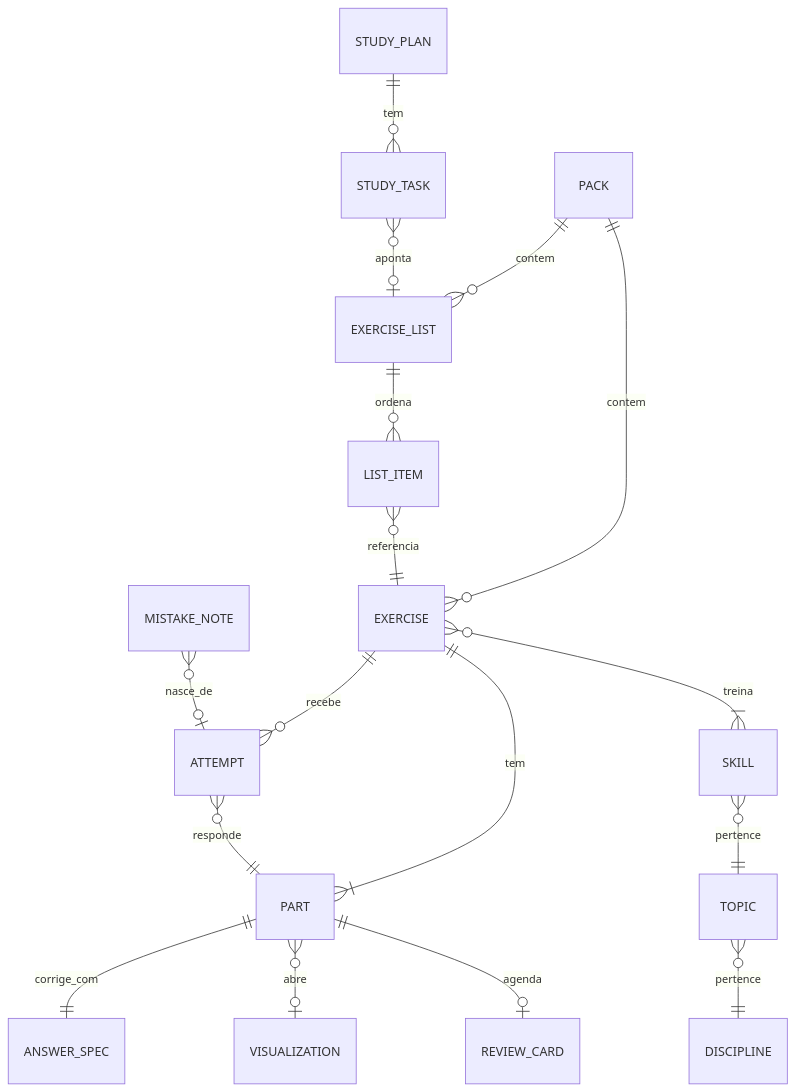
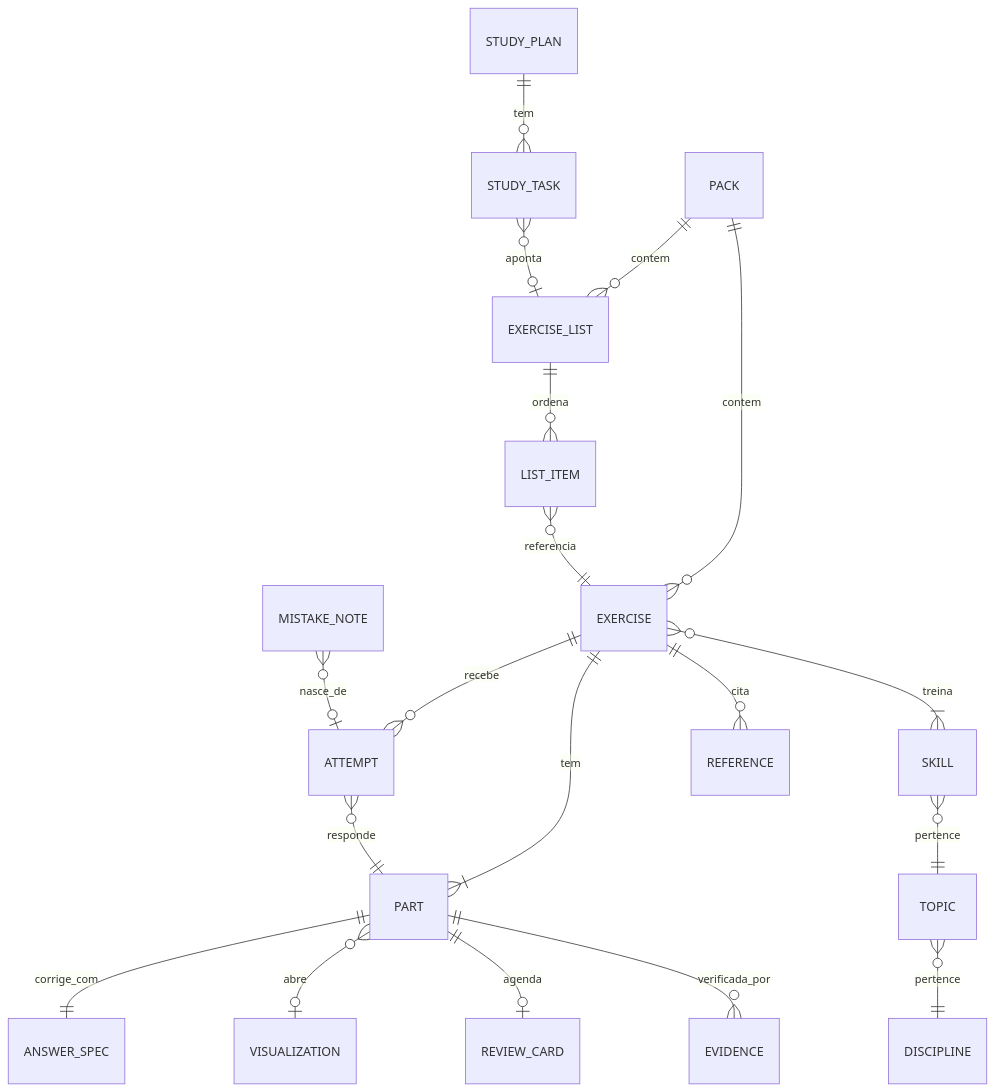
The first of 2 diagrams in docs/03-arquitetura/modelo-de-dados.md (CauaDecoder/bad-at-calculus), drawn with Mermaid before and after one commit. The commit also changed other lines of this file and 49 other files, not shown here.

````diff
--- a/docs/03-arquitetura/modelo-de-dados.md
+++ b/docs/03-arquitetura/modelo-de-dados.md
@@ -9,19 +18,21 @@
 ```mermaid
 erDiagram
     PACK ||--o{ EXERCISE : contem
     PACK ||--o{ EXERCISE_LIST : contem
     EXERCISE_LIST ||--o{ LIST_ITEM : ordena
     LIST_ITEM }o--|| EXERCISE : referencia
     EXERCISE ||--|{ PART : tem
     PART ||--|| ANSWER_SPEC : corrige_com
     PART }o--o| VISUALIZATION : abre
     EXERCISE }o--|{ SKILL : treina
     SKILL }o--|| TOPIC : pertence
     TOPIC }o--|| DISCIPLINE : pertence
     EXERCISE ||--o{ ATTEMPT : recebe
     ATTEMPT }o--|| PART : responde
     PART ||--o| REVIEW_CARD : agenda
+    PART ||--o{ EVIDENCE : verificada_por
+    EXERCISE ||--o{ REFERENCE : cita
     MISTAKE_NOTE }o--o| ATTEMPT : nasce_de
     STUDY_PLAN ||--o{ STUDY_TASK : tem
     STUDY_TASK }o--o| EXERCISE_LIST : aponta
 ```
````
